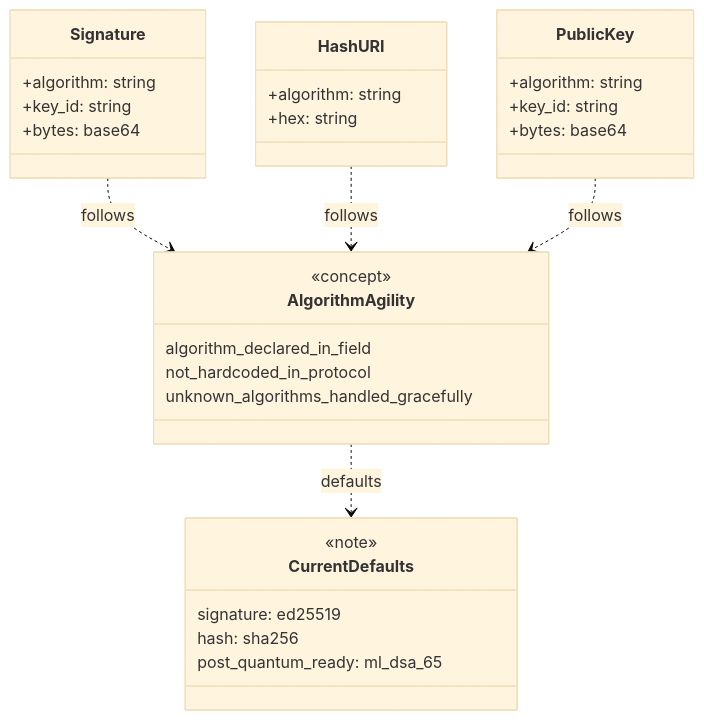
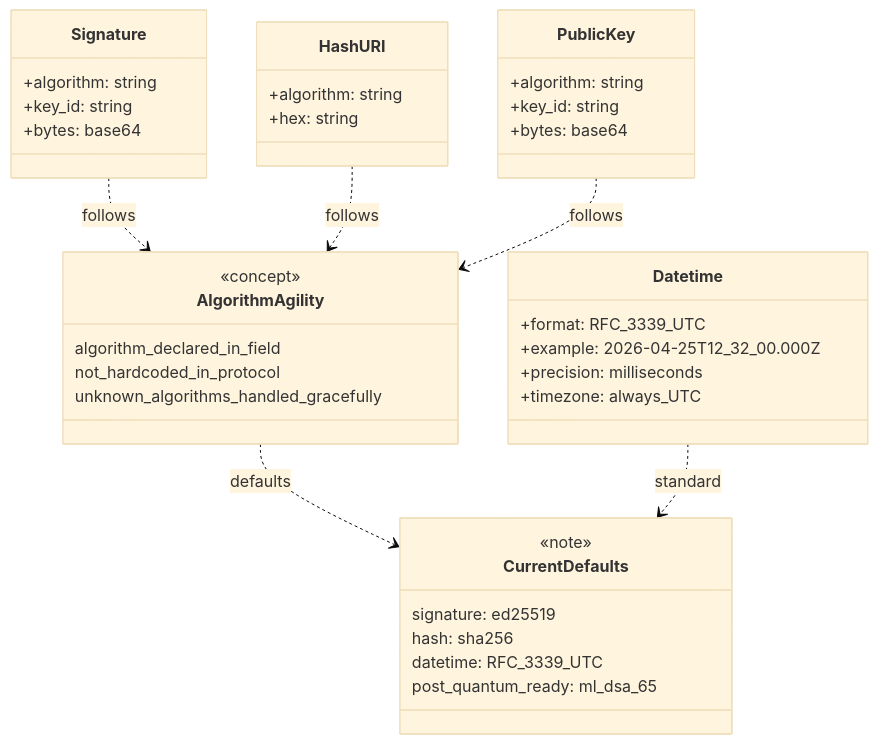
Diagram 12 of 15 in docs/xgen_appendix_c_en.md (ianus777/XGenProtocol), drawn with Mermaid (base theme) before and after one commit. The commit also changed other lines of this file and 1 other file, not shown here.

````diff
--- a/docs/xgen_appendix_c_en.md
+++ b/docs/xgen_appendix_c_en.md
@@ -784,34 +925,42 @@
 ```mermaid
 classDiagram
     class Signature {
         +algorithm: string
         +key_id: string
         +bytes: base64
     }
     class HashURI {
         +algorithm: string
         +hex: string
     }
     class PublicKey {
         +algorithm: string
         +key_id: string
         +bytes: base64
     }
+    class Datetime {
+        +format: RFC_3339_UTC
+        +example: 2026-04-25T12_32_00.000Z
+        +precision: milliseconds
+        +timezone: always_UTC
+    }
     class AlgorithmAgility {
         <<concept>>
         algorithm_declared_in_field
         not_hardcoded_in_protocol
         unknown_algorithms_handled_gracefully
     }
     class CurrentDefaults {
         <<note>>
         signature: ed25519
         hash: sha256
+        datetime: RFC_3339_UTC
         post_quantum_ready: ml_dsa_65
     }
 
     Signature ..> AlgorithmAgility : follows
     HashURI ..> AlgorithmAgility : follows
     PublicKey ..> AlgorithmAgility : follows
     AlgorithmAgility ..> CurrentDefaults : defaults
+    Datetime ..> CurrentDefaults : standard
 ```
````
